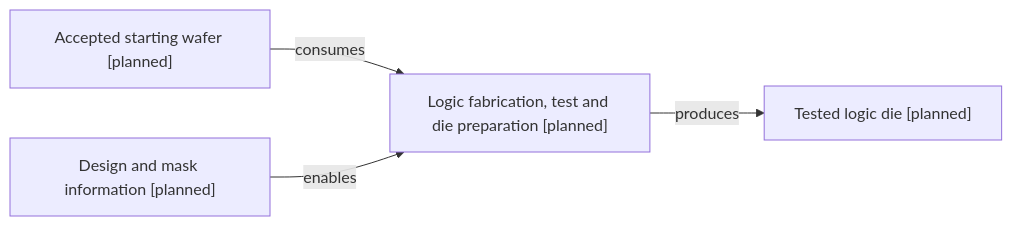
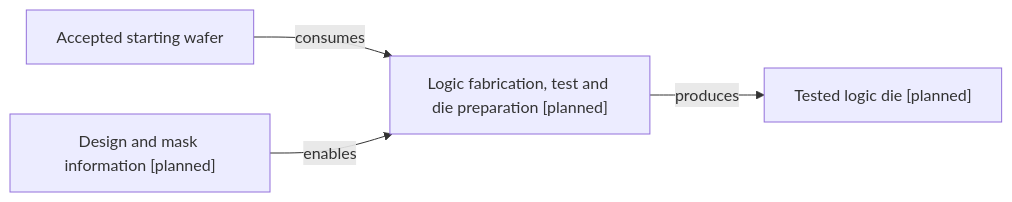
The diagram in manufacturing_map/logic_path.md (samuelianrich/semiconductor-manufacturing-kb), drawn with Mermaid before and after one commit. The commit also changed other lines of this file and 84 other files, not shown here.

````diff
--- a/manufacturing_map/logic_path.md
+++ b/manufacturing_map/logic_path.md
@@ -8,10 +8,10 @@
 ```mermaid
 flowchart LR
   ART_0030["Tested logic die [planned]"]
   ART_0042["Design and mask information [planned]"]
-  MAT_0010["Accepted starting wafer [planned]"]
+  MAT_0010["Accepted starting wafer"]
   PROC_0030["Logic fabrication, test and die preparation [planned]"]
   MAT_0010 -->|"consumes"| PROC_0030
   PROC_0030 -->|"produces"| ART_0030
   ART_0042 -->|"enables"| PROC_0030
 ```
````
